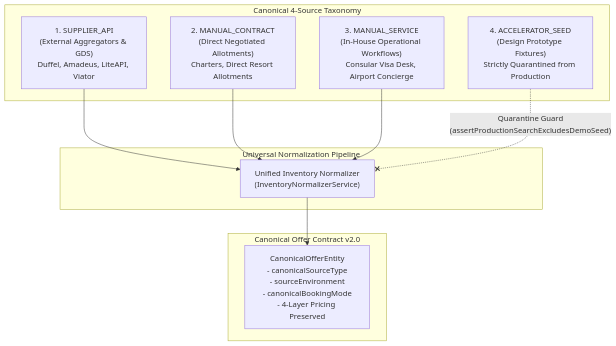
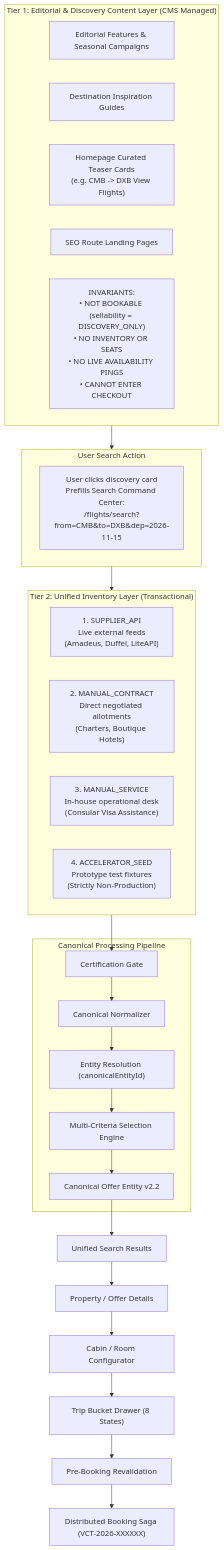
Before and after one commit to vacatina/vacatina: the first of 6 diagrams in docs/19_VACATINA_PRE_IMPLEMENTATION_INVENTORY_ARCHITECTURE_AND_RE_AUDIT.md, drawn with Mermaid. The commit also changed other lines of this file and 9 other files, not shown here.

Commit message:
feat(inventory): ratify v1.1 architecture with entity resolution, 18-attr CMS, and per-provider circuit breakers

````diff
--- a/docs/19_VACATINA_PRE_IMPLEMENTATION_INVENTORY_ARCHITECTURE_AND_RE_AUDIT.md
+++ b/docs/19_VACATINA_PRE_IMPLEMENTATION_INVENTORY_ARCHITECTURE_AND_RE_AUDIT.md
@@ -37,23 +40,39 @@
 ```mermaid
 flowchart TD
-    subgraph Sources["Canonical 4-Source Taxonomy"]
-        API["1. SUPPLIER_API\n(External Aggregators & GDS)\nDuffel, Amadeus, LiteAPI, Viator"]
-        MC["2. MANUAL_CONTRACT\n(Direct Negotiated Allotments)\nCharters, Direct Resort Allotments"]
-        MS["3. MANUAL_SERVICE\n(In-House Operational Workflows)\nConsular Visa Desk, Airport Concierge"]
-        AS["4. ACCELERATOR_SEED\n(Design Prototype Fixtures)\nStrictly Quarantined from Production"]
+    subgraph DiscoveryLayer["Tier 1: Editorial & Discovery Content Layer (CMS Managed)"]
+        DC1["Editorial Features & Seasonal Campaigns"]
+        DC2["Destination Inspiration Guides"]
+        DC3["Homepage Curated Teaser Cards\n(e.g. CMB -> DXB View Flights)"]
+        DC4["SEO Route Landing Pages"]
+        DC_PROP["INVARIANTS:\n• NOT BOOKABLE (sellability = DISCOVERY_ONLY)\n• NO INVENTORY OR SEATS\n• NO LIVE AVAILABILITY PINGS\n• CANNOT ENTER CHECKOUT"]
     end
 
-    subgraph Normalizer["Universal Normalization Pipeline"]
-        UNP["Unified Inventory Normalizer\n(InventoryNormalizerService)"]
+    subgraph UserAction["User Search Action"]
+        Prefill["User clicks discovery card\nPrefills Search Command Center:\n/flights/search?from=CMB&to=DXB&dep=2026-11-15"]
     end
 
-    subgraph Canonical["Canonical Offer Contract v2.0"]
-        COE["CanonicalOfferEntity\n- canonicalSourceType\n- sourceEnvironment\n- canonicalBookingMode\n- 4-Layer Pricing Preserved"]
+    subgraph InventoryLayer["Tier 2: Unified Inventory Layer (Transactional)"]
+        S1["1. SUPPLIER_API\nLive external feeds\n(Amadeus, Duffel, LiteAPI)"]
+        S2["2. MANUAL_CONTRACT\nDirect negotiated allotments\n(Charters, Boutique Hotels)"]
+        S3["3. MANUAL_SERVICE\nIn-house operational desk\n(Consular Visa Assistance)"]
+        S4["4. ACCELERATOR_SEED\nPrototype test fixtures\n(Strictly Non-Production)"]
     end
 
-    API --> UNP
-    MC --> UNP
-    MS --> UNP
-    AS -. "Quarantine Guard\n(assertProductionSearchExcludesDemoSeed)" .-x UNP
-    UNP --> COE
+    subgraph Pipeline["Canonical Processing Pipeline"]
+        CertGate["Certification Gate"]
+        Normalizer["Canonical Normalizer"]
+        Dedupe["Entity Resolution (canonicalEntityId)"]
+        Scorer["Multi-Criteria Selection Engine"]
+        Offer["Canonical Offer Entity v2.2"]
+    end
+
+    DiscoveryLayer --> UserAction
+    UserAction --> InventoryLayer
+    InventoryLayer --> CertGate --> Normalizer --> Dedupe --> Scorer --> Offer
+    Offer --> SearchResults["Unified Search Results"]
+    SearchResults --> Details["Property / Offer Details"]
+    Details --> Configure["Cabin / Room Configurator"]
+    Configure --> Drawer["Trip Bucket Drawer (8 States)"]
+    Drawer --> Reval["Pre-Booking Revalidation"]
+    Reval --> Saga["Distributed Booking Saga (VCT-2026-XXXXXX)"]
 ```
````
